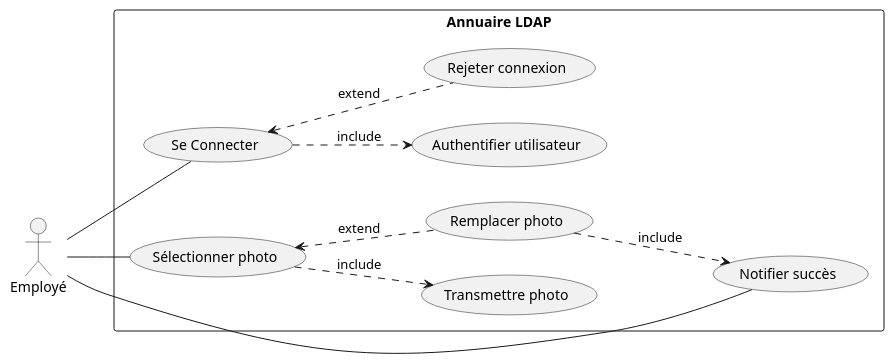
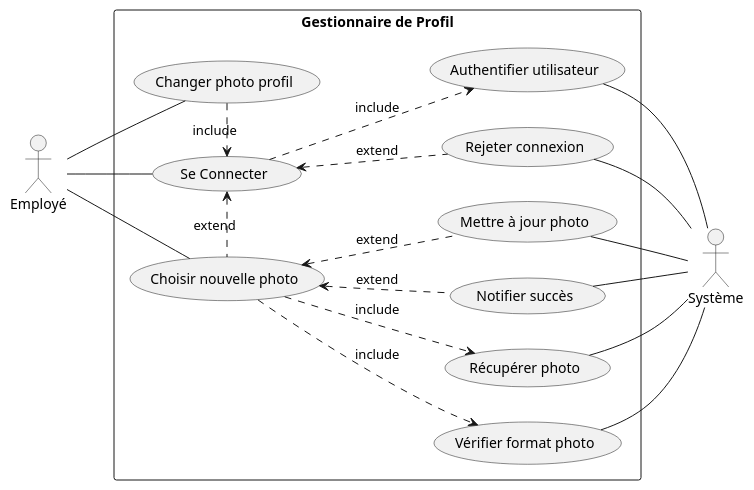
One commit to sebcourtois/cda-exos-uml-diagrams changed the diagram in usecase_diagrams/01.puml. Above: the diagram before and after it, drawn with PlantUML.

Commit message:
usecase exo1: add system actor

```diff
--- a/usecase_diagrams/01.puml
+++ b/usecase_diagrams/01.puml
@@ -1,31 +1,38 @@
 @startuml
 left to right direction
 actor "Employé" as dude
-'actor "LDAP" as ldap
-rectangle "Annuaire LDAP" {
+actor "Système" as system
+
+rectangle "Gestionnaire de Profil" {
+  usecase "Changer photo profil" as changePhoto
   usecase "Se Connecter" as login
   usecase "Authentifier utilisateur" as checkAuth
   usecase "Rejeter connexion" as failAuth
-  usecase "Sélectionner photo" as pickPhoto
-  usecase "Transmettre photo" as uploadPhoto
-  usecase "Remplacer photo" as updatePhoto
+  usecase "Choisir nouvelle photo" as pickPhoto
+  usecase "Récupérer photo" as uploadPhoto
+  usecase "Vérifier format photo" as checkPhotoFormat
+  usecase "Mettre à jour photo" as updatePhoto
   usecase "Notifier succès" as notifySuccess
 }
 
+dude -- changePhoto
 dude -- login
 dude -- pickPhoto
-dude -- notifySuccess
 
-'checkAuth -- ldap
-'failAuth -- ldap
-'uploadPhoto -- ldap
-'updatePhoto -- ldap
-'notifySuccess -- ldap
+checkAuth -- system
+failAuth -- system
+uploadPhoto -- system
+checkPhotoFormat -- system
+updatePhoto -- system
+notifySuccess -- system
 
+changePhoto .> login: include
 login ..> checkAuth: include
 login <.. failAuth: extend
+login <. pickPhoto: extend
 pickPhoto ..> uploadPhoto: include
 pickPhoto <.. updatePhoto: extend
-updatePhoto ..> notifySuccess: include
+pickPhoto ..> checkPhotoFormat: include
+pickPhoto <.. notifySuccess: extend
 
 @enduml
```
